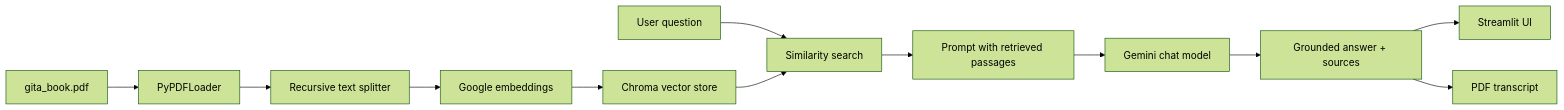
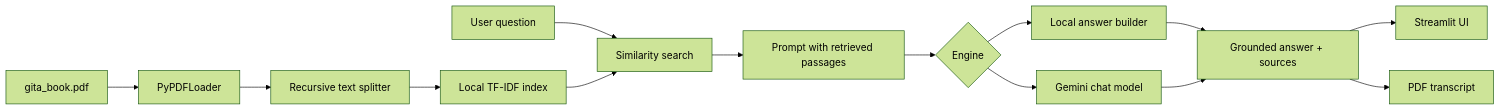
One commit to Anishhar03/gitagpt changed the diagram in README.md. Above: the diagram before and after it, drawn with Mermaid (forest theme). The commit also changed other lines of this file and 10 other files, not shown here.

````diff
--- a/README.md
+++ b/README.md
@@ -25,14 +24,16 @@
 ```mermaid
 flowchart LR
     A["gita_book.pdf"] --> B["PyPDFLoader"]
     B --> C["Recursive text splitter"]
-    C --> D["Google embeddings"]
-    D --> E["Chroma vector store"]
+    C --> D["Local TF-IDF index"]
     F["User question"] --> G["Similarity search"]
-    E --> G
+    D --> G
     G --> H["Prompt with retrieved passages"]
-    H --> I["Gemini chat model"]
-    I --> J["Grounded answer + sources"]
+    H --> I{"Engine"}
+    I --> M["Local answer builder"]
+    I --> N["Gemini chat model"]
+    M --> J["Grounded answer + sources"]
+    N --> J
     J --> K["Streamlit UI"]
     J --> L["PDF transcript"]
 ```
````
